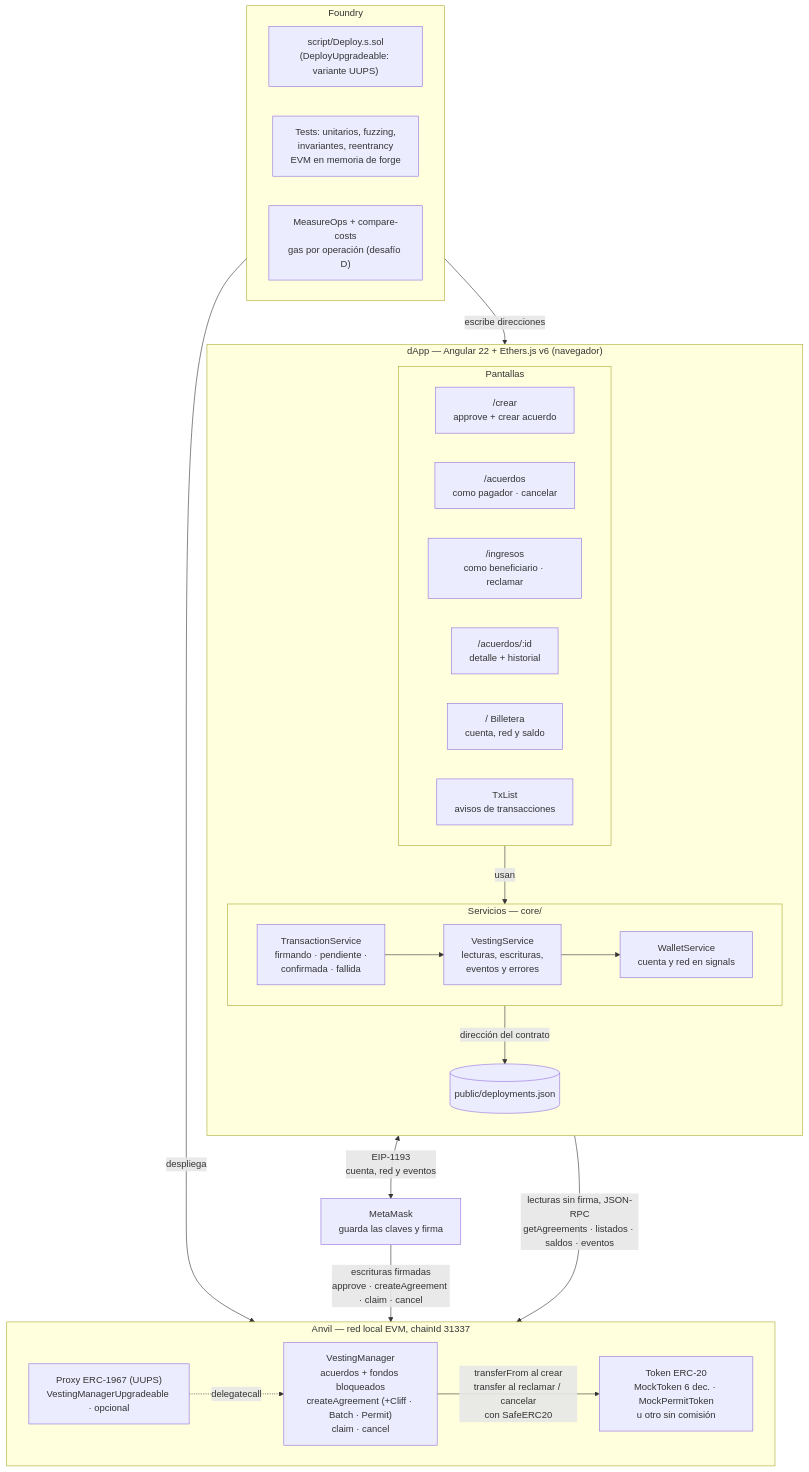
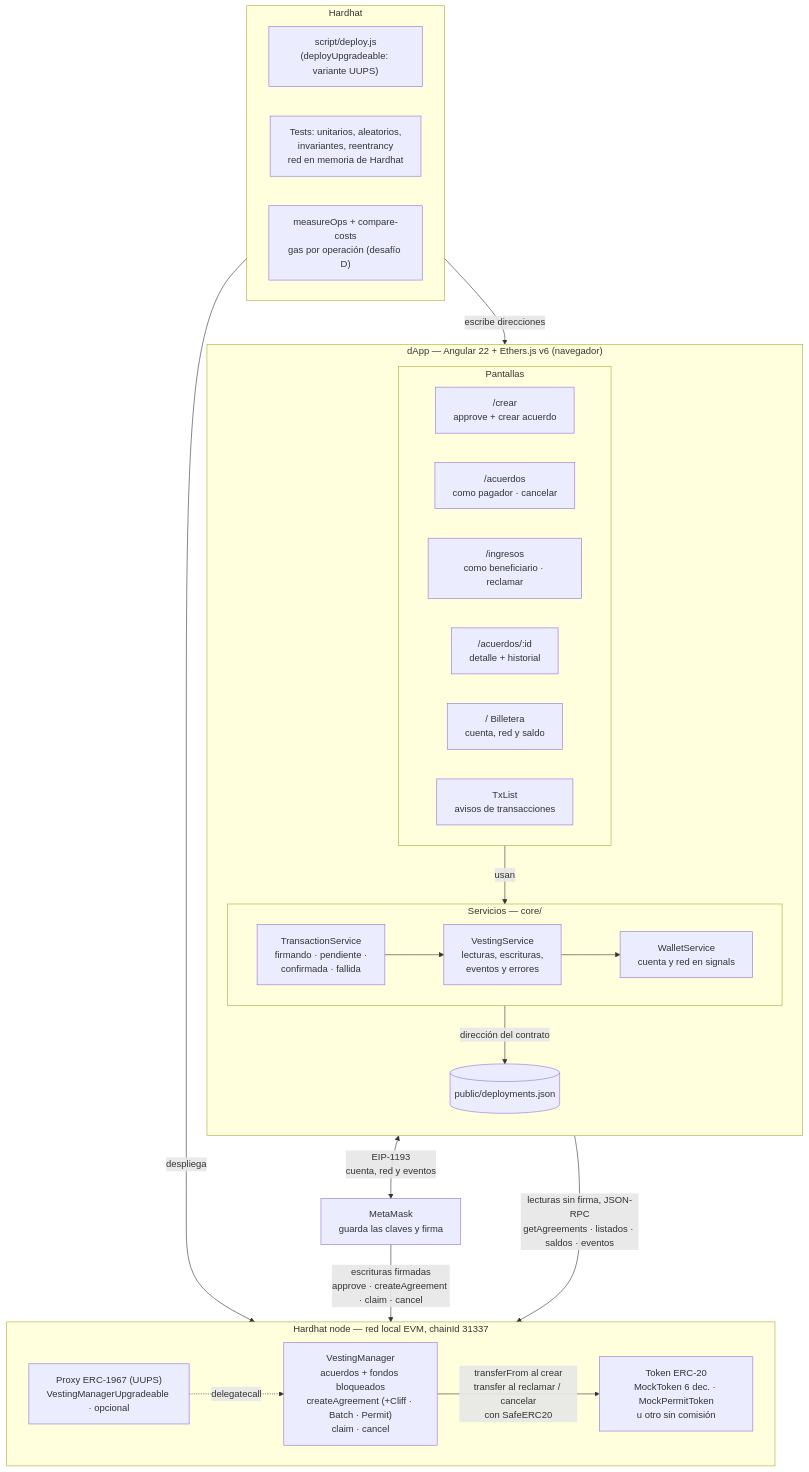
Before and after one commit to SantiagoAClavereB/329571-332716-326152_OblTT2: the diagram in docs/DiagramaComponentes.md, drawn with Mermaid. The commit also changed other lines of this file and 40 other files, not shown here.

Commit message:
Migrar tests, scripts y documentacion de Foundry a Hardhat

````diff
--- a/docs/DiagramaComponentes.md
+++ b/docs/DiagramaComponentes.md
@@ -5,49 +5,49 @@
 ```mermaid
 flowchart TB
   subgraph DAPP["dApp — Angular 22 + Ethers.js v6 (navegador)"]
     direction TB
     subgraph UI["Pantallas"]
       direction LR
       CREAR["/crear<br/>approve + crear acuerdo"]
       ACU["/acuerdos<br/>como pagador · cancelar"]
       ING["/ingresos<br/>como beneficiario · reclamar"]
       DET["/acuerdos/:id<br/>detalle + historial"]
       BIL["/ Billetera<br/>cuenta, red y saldo"]
       TXL["TxList<br/>avisos de transacciones"]
     end
     subgraph CORE["Servicios — core/"]
       direction LR
       TS["TransactionService<br/>firmando · pendiente ·<br/>confirmada · fallida"]
       VS["VestingService<br/>lecturas, escrituras,<br/>eventos y errores"]
       WS["WalletService<br/>cuenta y red en signals"]
       TS --> VS --> WS
     end
     DJ[("public/deployments.json")]
     UI -- "usan" --> CORE
     VS -- "dirección del contrato" --> DJ
   end
 
   MM["MetaMask<br/>guarda las claves y firma"]
 
-  subgraph CHAIN["Anvil — red local EVM, chainId 31337"]
+  subgraph CHAIN["Hardhat node — red local EVM, chainId 31337"]
     direction LR
     VM["VestingManager<br/>acuerdos + fondos bloqueados<br/>createAgreement (+Cliff · Batch · Permit)<br/>claim · cancel"]
     TK["Token ERC-20<br/>MockToken 6 dec. · MockPermitToken<br/>u otro sin comisión"]
     VM -- "transferFrom al crear<br/>transfer al reclamar / cancelar<br/>con SafeERC20" --> TK
     PX["Proxy ERC-1967 (UUPS)<br/>VestingManagerUpgradeable · opcional"]
     PX -. "delegatecall" .-> VM
   end
 
-  subgraph FOUNDRY["Foundry"]
+  subgraph FOUNDRY["Hardhat"]
     direction LR
-    DEP["script/Deploy.s.sol<br/>(DeployUpgradeable: variante UUPS)"]
-    TST["Tests: unitarios, fuzzing,<br/>invariantes, reentrancy<br/>EVM en memoria de forge"]
-    MEA["MeasureOps + compare-costs<br/>gas por operación (desafío D)"]
+    DEP["script/deploy.js<br/>(deployUpgradeable: variante UUPS)"]
+    TST["Tests: unitarios, aleatorios,<br/>invariantes, reentrancy<br/>red en memoria de Hardhat"]
+    MEA["measureOps + compare-costs<br/>gas por operación (desafío D)"]
   end
 
   WS <-- "EIP-1193<br/>cuenta, red y eventos" --> MM
   MM -- "escrituras firmadas<br/>approve · createAgreement · claim · cancel" --> CHAIN
   VS -- "lecturas sin firma, JSON-RPC<br/>getAgreements · listados · saldos · eventos" --> CHAIN
   DEP -- "despliega" --> CHAIN
   DEP -- "escribe direcciones" --> DJ
 ```
````
